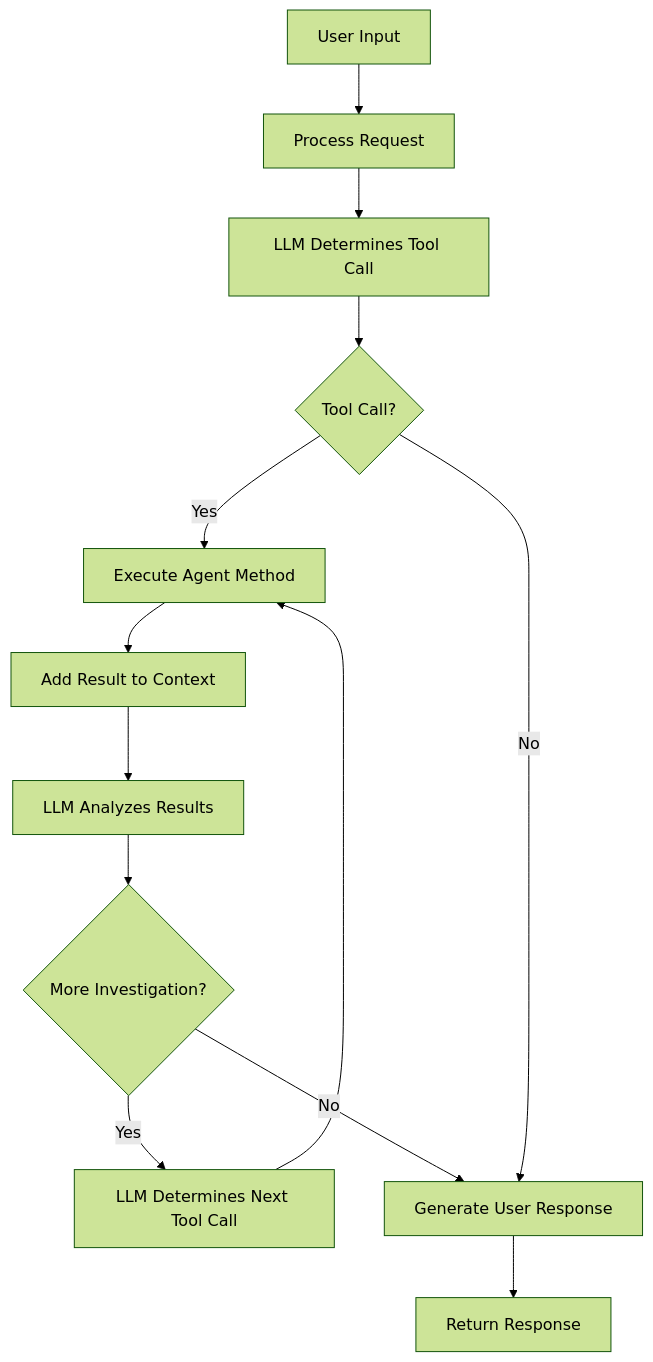
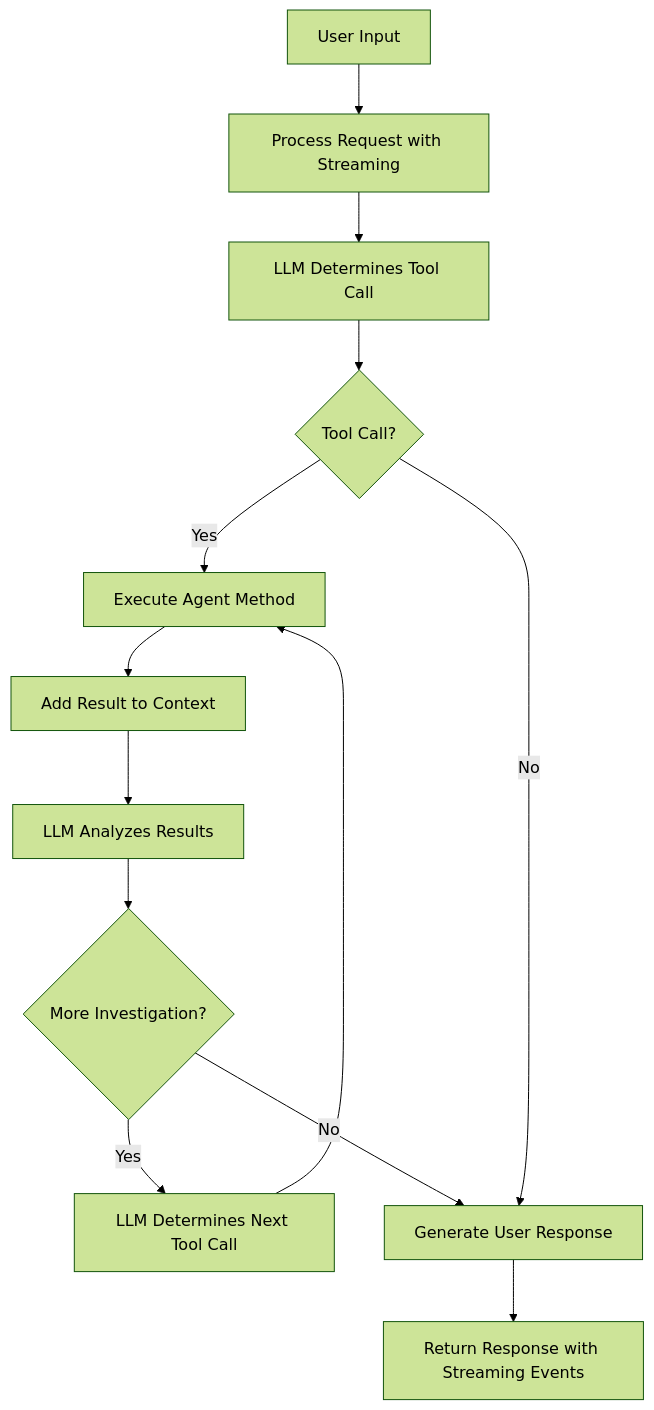
One commit to cogniscient-io/cogniscient changed the second of 2 diagrams in PoC/README.md. Above: the diagram before and after it, drawn with Mermaid (forest theme). The commit also changed other lines of this file and 18 other files, not shown here.

````diff
--- a/PoC/README.md
+++ b/PoC/README.md
@@ -140,15 +141,15 @@
 ```mermaid
 graph TD
-    A[User Input] --> B[Process Request]
+    A[User Input] --> B[Process Request with Streaming]
     B --> C[LLM Determines Tool Call]
     C --> D{Tool Call?}
     D -->|Yes| E[Execute Agent Method]
     E --> F[Add Result to Context]
     F --> G[LLM Analyzes Results]
     G --> H{More Investigation?}
     H -->|Yes| I[LLM Determines Next Tool Call]
     I --> E
     H -->|No| J[Generate User Response]
     D -->|No| J
-    J --> K[Return Response]
+    J --> K[Return Response with Streaming Events]
 ```
````
